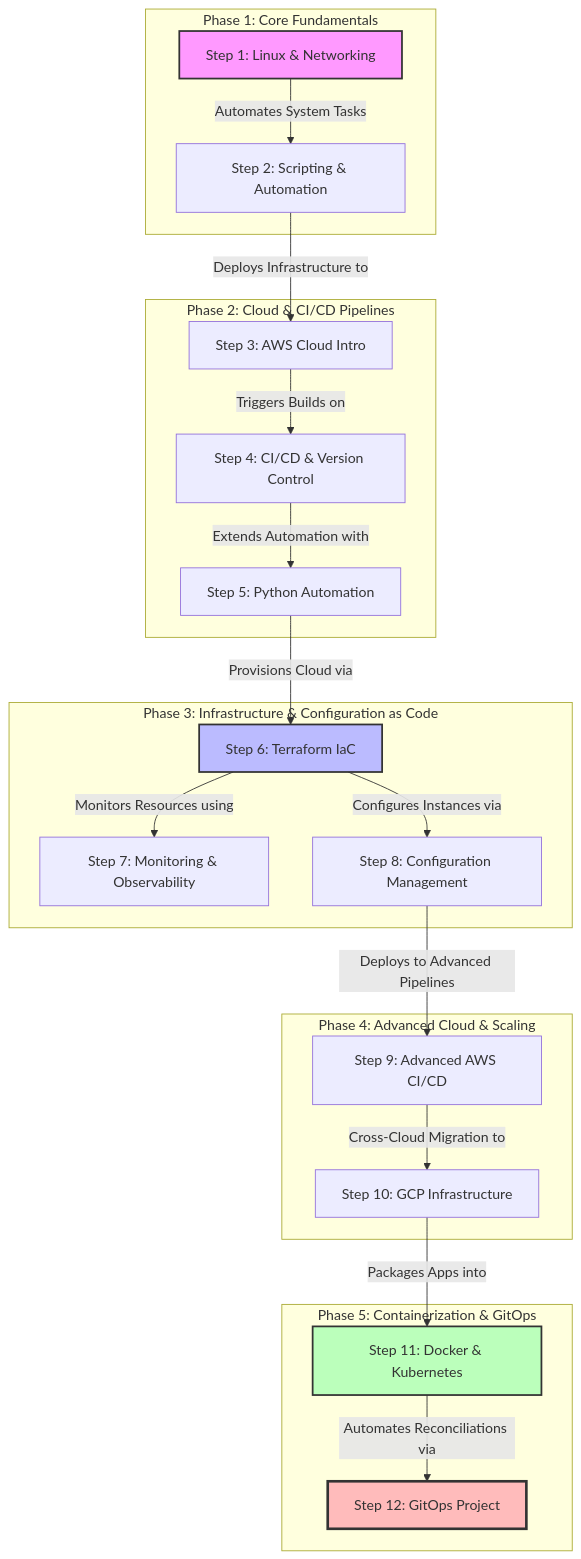
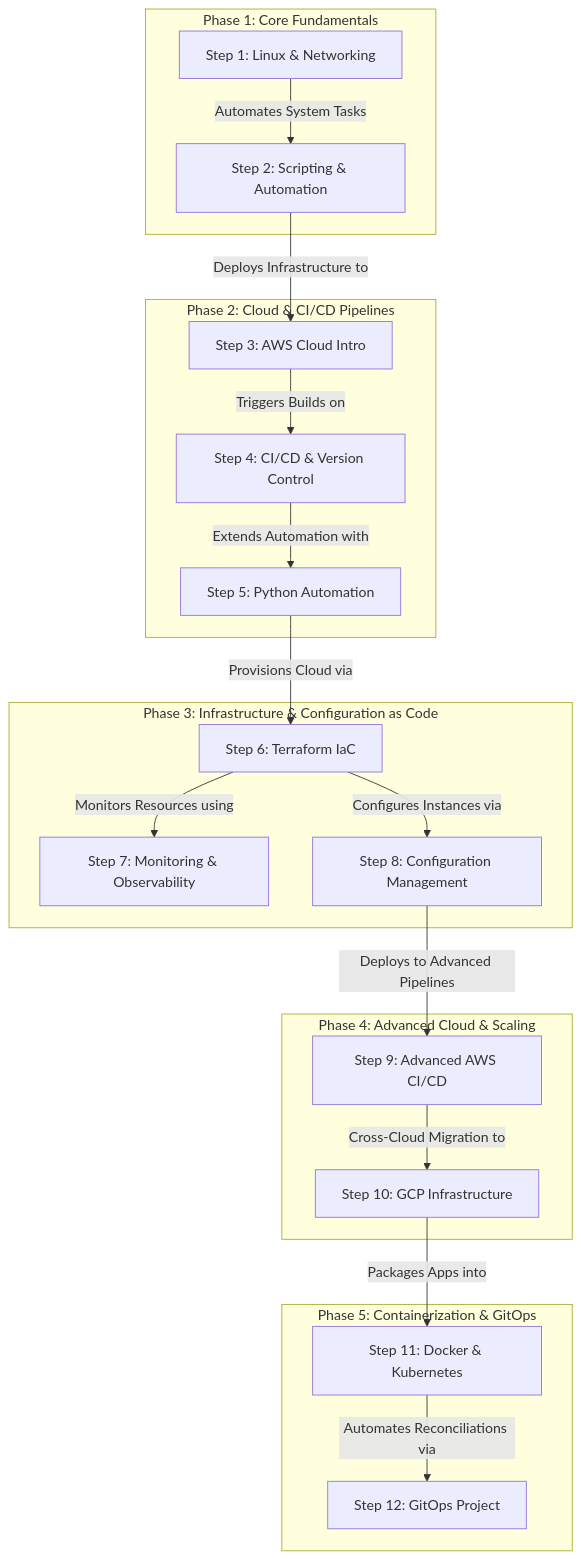
One commit to SandeepReddy100/DevOpsNotes changed the diagram in readme.md. Above: the diagram before and after it, drawn with Mermaid.

````diff
--- a/readme.md
+++ b/readme.md
@@ -36,36 +36,28 @@
 ```mermaid
 graph TD
-    %% Tooltips and interactions are natively supported by GitHub's Mermaid rendering
-    
     subgraph Phase 1: Core Fundamentals
         S1[Step 1: Linux & Networking] -->|Automates System Tasks| S2[Step 2: Scripting & Automation]
     end
 
     subgraph Phase 2: Cloud & CI/CD Pipelines
         S2 -->|Deploys Infrastructure to| S3[Step 3: AWS Cloud Intro]
         S3 -->|Triggers Builds on| S4[Step 4: CI/CD & Version Control]
         S4 -->|Extends Automation with| S5[Step 5: Python Automation]
     end
 
     subgraph Phase 3: Infrastructure & Configuration as Code
         S5 -->|Provisions Cloud via| S6[Step 6: Terraform IaC]
         S6 -->|Monitors Resources using| S7[Step 7: Monitoring & Observability]
         S6 -->|Configures Instances via| S8[Step 8: Configuration Management]
     end
 
     subgraph Phase 4: Advanced Cloud & Scaling
         S8 -->|Deploys to Advanced Pipelines| S9[Step 9: Advanced AWS CI/CD]
         S9 -->|Cross-Cloud Migration to| S10[Step 10: GCP Infrastructure]
     end
 
     subgraph Phase 5: Containerization & GitOps
         S10 -->|Packages Apps into| S11[Step 11: Docker & Kubernetes]
         S11 -->|Automates Reconciliations via| S12[Step 12: GitOps Project]
     end
-
-    %% Visual Styling
-    style S1 fill:#f9f,stroke:#333,stroke-width:2px
-    style S6 fill:#bbf,stroke:#333,stroke-width:2px
-    style S11 fill:#bfb,stroke:#333,stroke-width:2px
-    style S12 fill:#fbb,stroke:#333,stroke-width:3px
 ```
````
